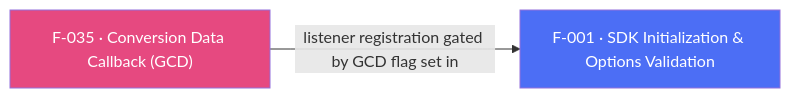
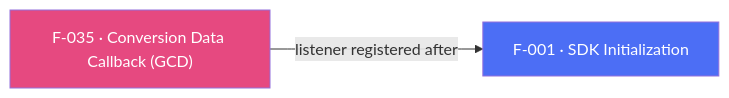
Before and after one commit to AppsFlyerSDK/appsflyer-flutter-plugin: the diagram in internal-docs/features/F-035-conversion-data-callback.md, drawn with Mermaid. The commit also changed other lines of this file and 101 other files, not shown here.

Commit message:
[DELIVERY-125863] Migrate Flutter plugin to AppsFlyer SDK 7 RPC architecture

````diff
--- a/internal-docs/features/F-035-conversion-data-callback.md
+++ b/internal-docs/features/F-035-conversion-data-callback.md
@@ -74,6 +86,6 @@
 ```mermaid
 flowchart LR
-    F035["F-035 · Conversion Data Callback (GCD)"]:::deepLinking -->|"listener registration gated by GCD flag set in"| F001["F-001 · SDK Initialization & Options Validation"]:::sdkCore
+    F035["F-035 · Conversion Data Callback (GCD)"]:::deepLinking -->|"listener registered after"| F001["F-001 · SDK Initialization"]:::sdkCore
     classDef deepLinking fill:#E64980,color:#fff
     classDef sdkCore fill:#4C6EF5,color:#fff
 ```
````
